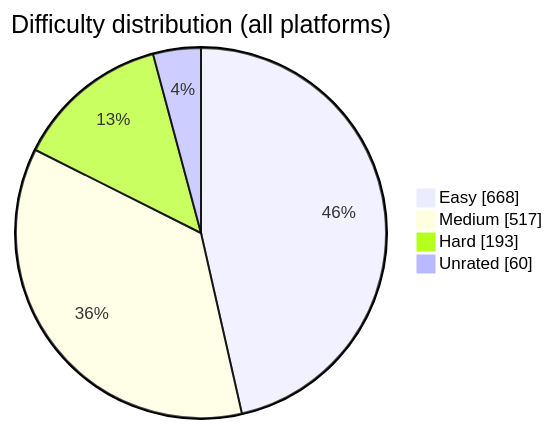
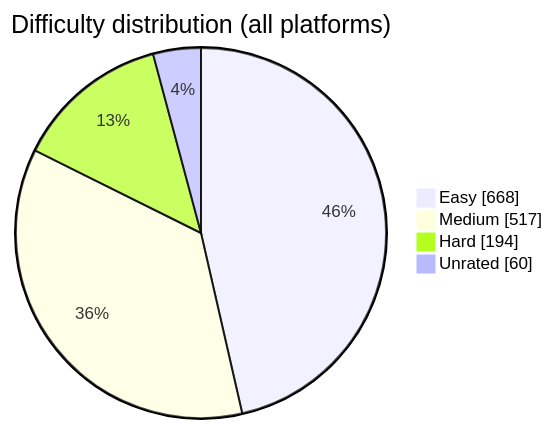
One commit to BuildbyArindam/Daily-Coding-Log changed the diagram in README.md. Above: the diagram before and after it, drawn with Mermaid. The commit also changed other lines of this file, not shown here.

````diff
--- a/README.md
+++ b/README.md
@@ -93,7 +93,7 @@
 ```mermaid
 pie showData title Difficulty distribution (all platforms)
     "Easy" : 668
     "Medium" : 517
-    "Hard" : 193
+    "Hard" : 194
     "Unrated" : 60
 ```
````
